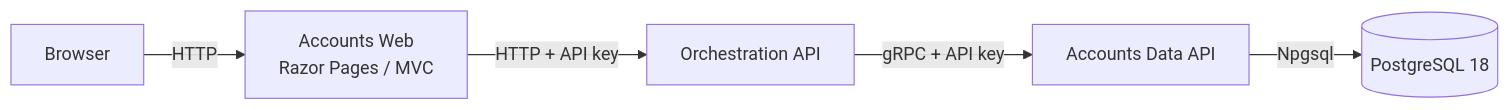
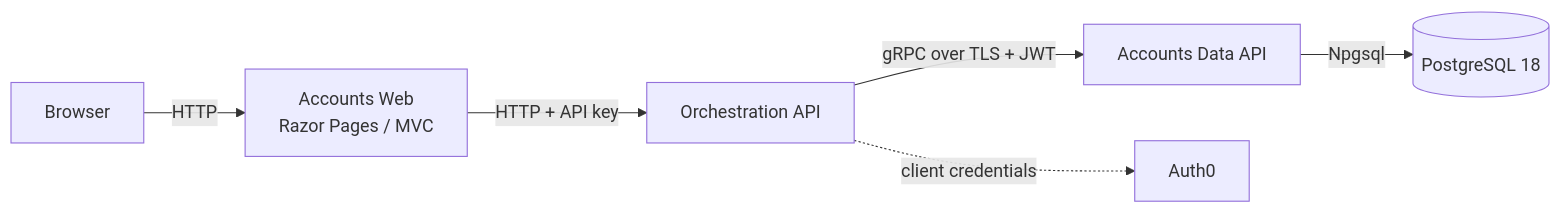
Before and after one commit to ElisesHub/accounts-system: the first of 2 diagrams in README.md, drawn with Mermaid. The commit also changed other lines of this file and 7 other files, not shown here.

Commit message:
Update READMEs for gRPC, TLS, JWT authentication, health checks and CI (#12)

````diff
--- a/README.md
+++ b/README.md
@@ -7,7 +7,8 @@
 ```mermaid
 flowchart LR
     Browser -->|HTTP| Web[Accounts Web<br/>Razor Pages / MVC]
     Web -->|HTTP + API key| Orch[Orchestration API]
-    Orch -->|gRPC + API key| Data[Accounts Data API]
+    Orch -->|gRPC over TLS + JWT| Data[Accounts Data API]
+    Orch -.->|client credentials| Auth0[Auth0]
     Data -->|Npgsql| DB[(PostgreSQL 18)]
 ```
````
